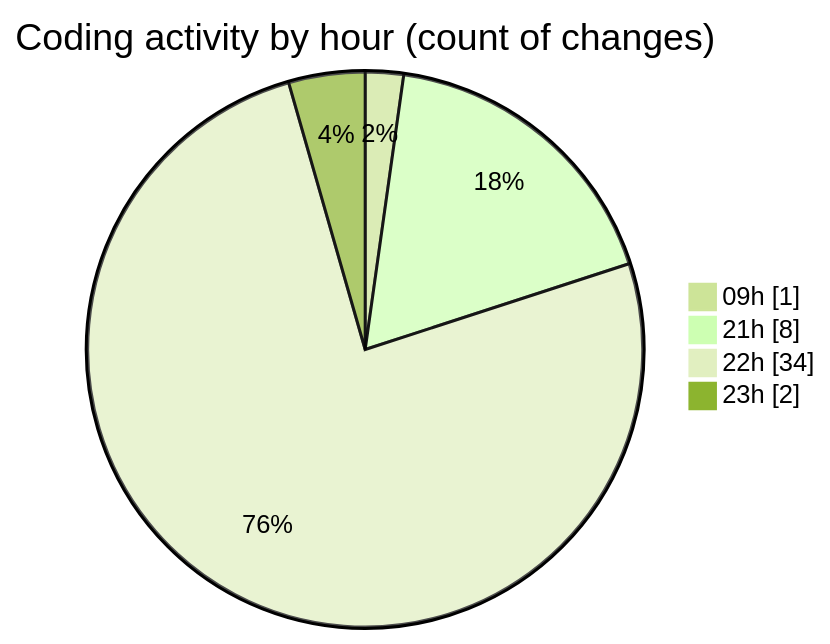
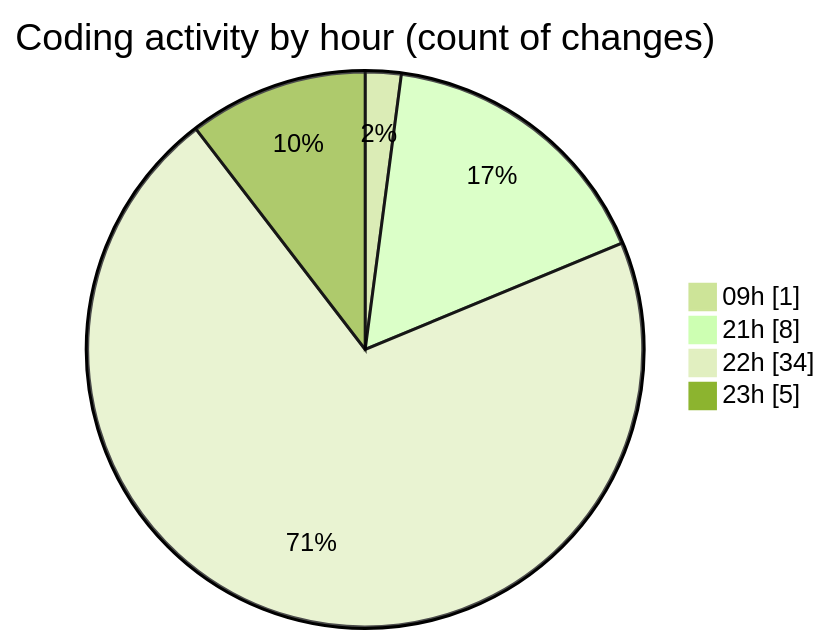
Before and after one commit to MatusMokan/code-tracking: the second of 2 diagrams in 2025-02-19/myws__workspace_/README.md, drawn with Mermaid (forest theme). The commit also changed other lines of this file and 1 other file, not shown here.

````diff
--- a/2025-02-19/myws__workspace_/README.md
+++ b/2025-02-19/myws__workspace_/README.md
@@ -35,8 +35,8 @@
 ```mermaid
 pie showData
 title Coding activity by hour (count of changes)
 "09h" : 1
 "21h" : 8
 "22h" : 34
-"23h" : 2
+"23h" : 5
 ```
````
